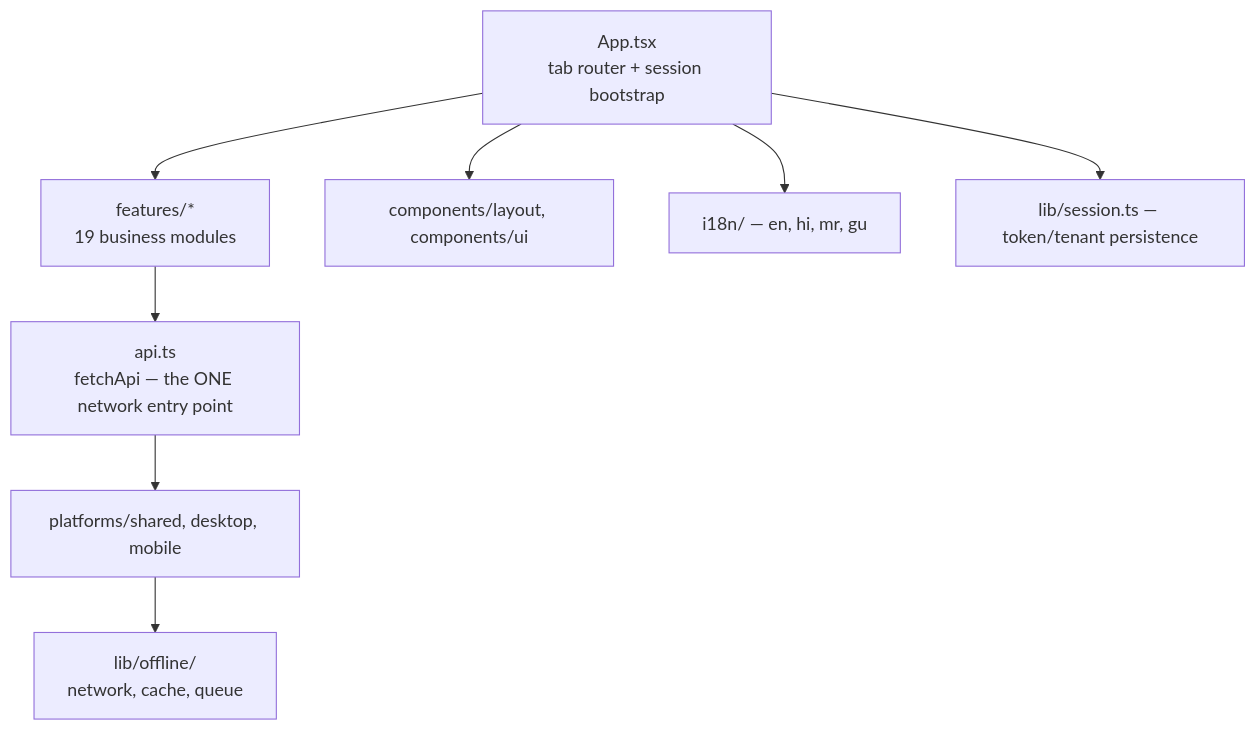
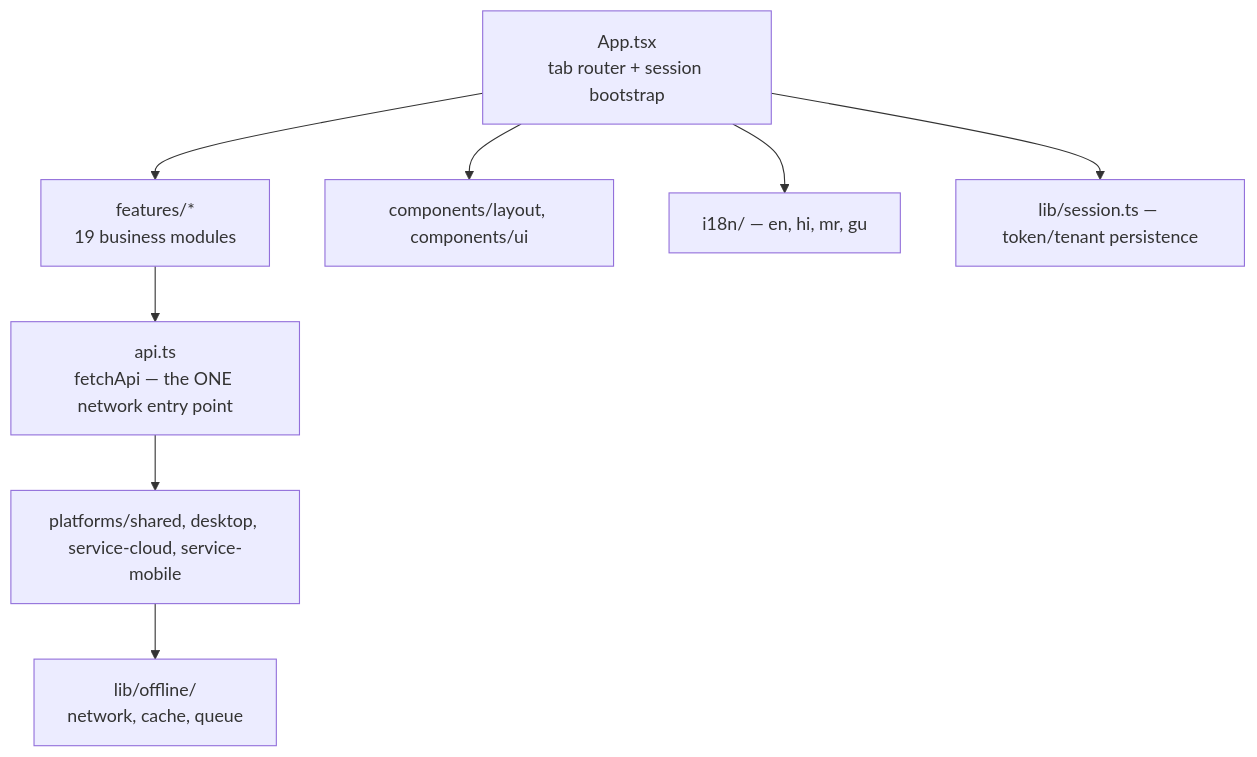
The first of 2 diagrams in engineering-academy/docs/frontend/overview.md (prathame/DG-ERP), drawn with Mermaid before and after one commit. The commit also changed other lines of this file and 11 other files, not shown here.

First line of the commit message:
docs(academy): add Cloud Mobile UX and refresh product surfaces

````diff
--- a/engineering-academy/docs/frontend/overview.md
+++ b/engineering-academy/docs/frontend/overview.md
@@ -15,10 +15,10 @@
 ```mermaid
 flowchart TB
   App[App.tsx<br/>tab router + session bootstrap] --> Features[features/*<br/>19 business modules]
   App --> Components[components/layout, components/ui]
   Features --> Api[api.ts<br/>fetchApi — the ONE network entry point]
-  Api --> Platforms[platforms/shared, desktop, mobile]
+  Api --> Platforms[platforms/shared, desktop, service-cloud, service-mobile]
   Platforms --> Offline[lib/offline/<br/>network, cache, queue]
   App --> I18n[i18n/ — en, hi, mr, gu]
   App --> Session[lib/session.ts — token/tenant persistence]
 ```
````
